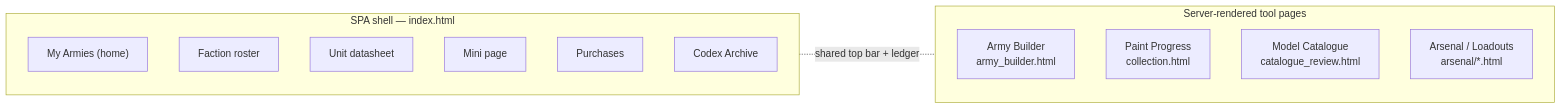
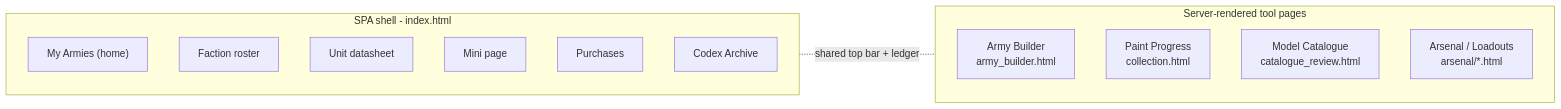
The second of 12 diagrams in CODEX_ARMORUM_APP_MAP.md (Unfunded8495/Codex-Armorum), drawn with Mermaid before and after one commit. The commit also changed other lines of this file and 44 other files, not shown here.

````diff
--- a/CODEX_ARMORUM_APP_MAP.md
+++ b/CODEX_ARMORUM_APP_MAP.md
@@ -92,20 +92,20 @@
 ```mermaid
 flowchart LR
-    subgraph A["SPA shell — index.html"]
+    subgraph A["SPA shell - index.html"]
         direction TB
         a1["My Armies (home)"]
         a2["Faction roster"]
         a3["Unit datasheet"]
         a4["Mini page"]
         a5["Purchases"]
         a6["Codex Archive"]
     end
     subgraph B["Server-rendered tool pages"]
         direction TB
         b1["Army Builder<br/>army_builder.html"]
         b2["Paint Progress<br/>collection.html"]
         b3["Model Catalogue<br/>catalogue_review.html"]
         b4["Arsenal / Loadouts<br/>arsenal/*.html"]
     end
     A -.shared top bar + ledger.- B
 ```
````
